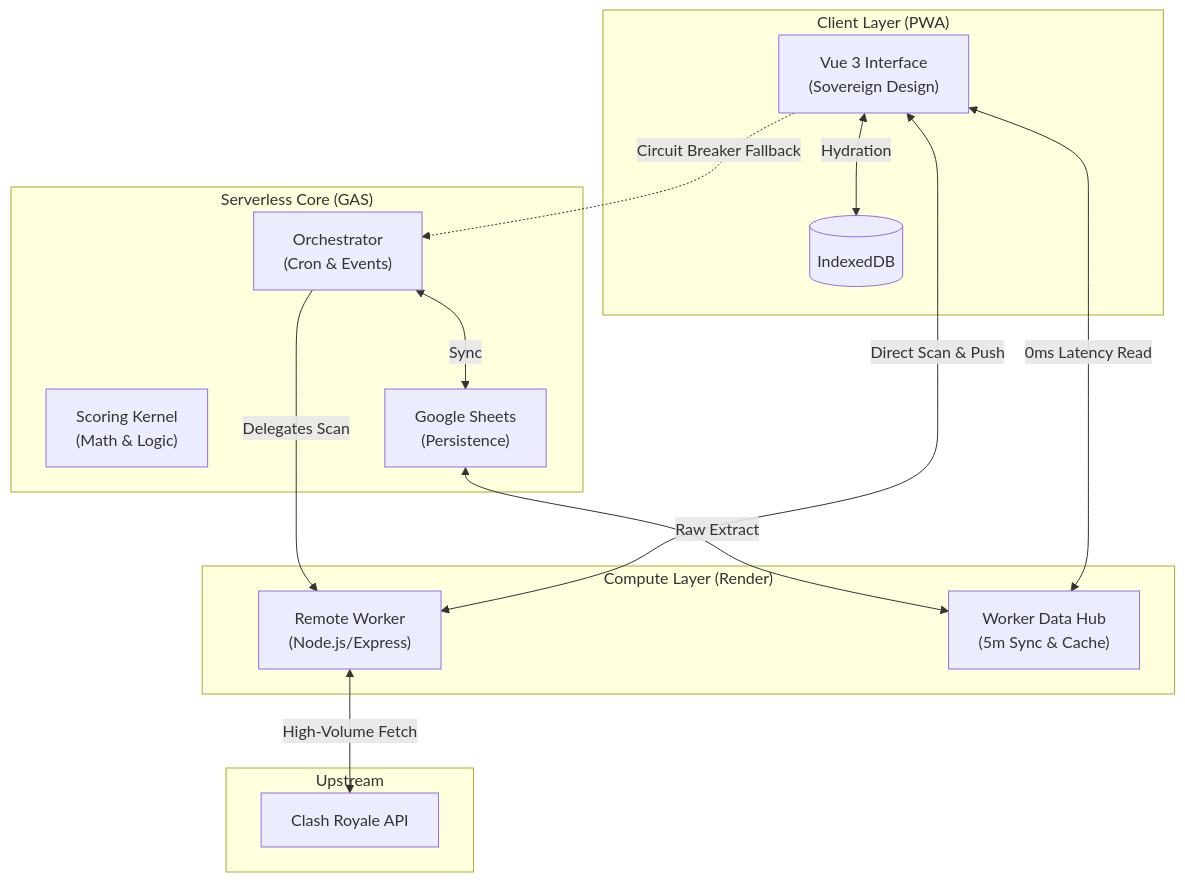
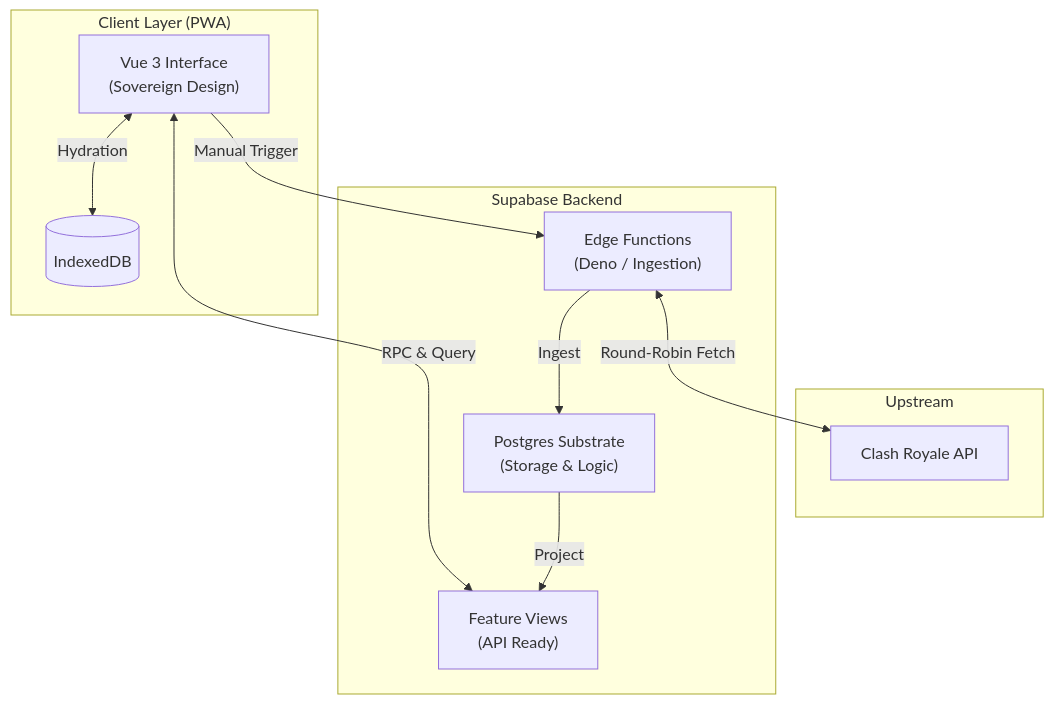
One commit to AlbiDR/Clash-Manager changed the diagram in README.md. Above: the diagram before and after it, drawn with Mermaid. The commit also changed other lines of this file and 23 other files, not shown here.

First line of the commit message:
feat(supabase): complete migration to supabase-native architecture

````diff
--- a/README.md
+++ b/README.md
@@ -134,31 +116,24 @@
 ```mermaid
 flowchart TD
     subgraph Upstream
         CRAPI["Clash Royale API"]
     end
 
-    subgraph "Serverless Core (GAS)"
-        Orchestrator["Orchestrator<br/>(Cron & Events)"]
-        Kernel["Scoring Kernel<br/>(Math & Logic)"]
-        Store["Google Sheets<br/>(Persistence)"]
-    end
-
-    subgraph "Compute Layer (Render)"
-        Worker["Remote Worker<br/>(Node.js/Express)"]
-        DataHub["Worker Data Hub<br/>(5m Sync & Cache)"]
+    subgraph "Supabase Backend"
+        Edge["Edge Functions<br/>(Deno / Ingestion)"]
+        DB["Postgres Substrate<br/>(Storage & Logic)"]
+        Views["Feature Views<br/>(API Ready)"]
     end
 
     subgraph "Client Layer (PWA)"
         UI["Vue 3 Interface<br/>(Sovereign Design)"]
         Cache[(IndexedDB)]
     end
 
-    Orchestrator -->|Delegates Scan| Worker
-    Worker <-->|High-Volume Fetch| CRAPI
-    Orchestrator <-->|Sync| Store
-    Store <-->|Raw Extract| DataHub
-    UI <-->|0ms Latency Read| DataHub
-    UI -.->|Circuit Breaker Fallback| Orchestrator
+    Edge <-->|Round-Robin Fetch| CRAPI
+    Edge -->|Ingest| DB
+    DB -->|Project| Views
+    UI <-->|RPC & Query| Views
     UI <-->|Hydration| Cache
-    UI <-->|Direct Scan & Push| Worker
+    UI -->|Manual Trigger| Edge
 ```
````
